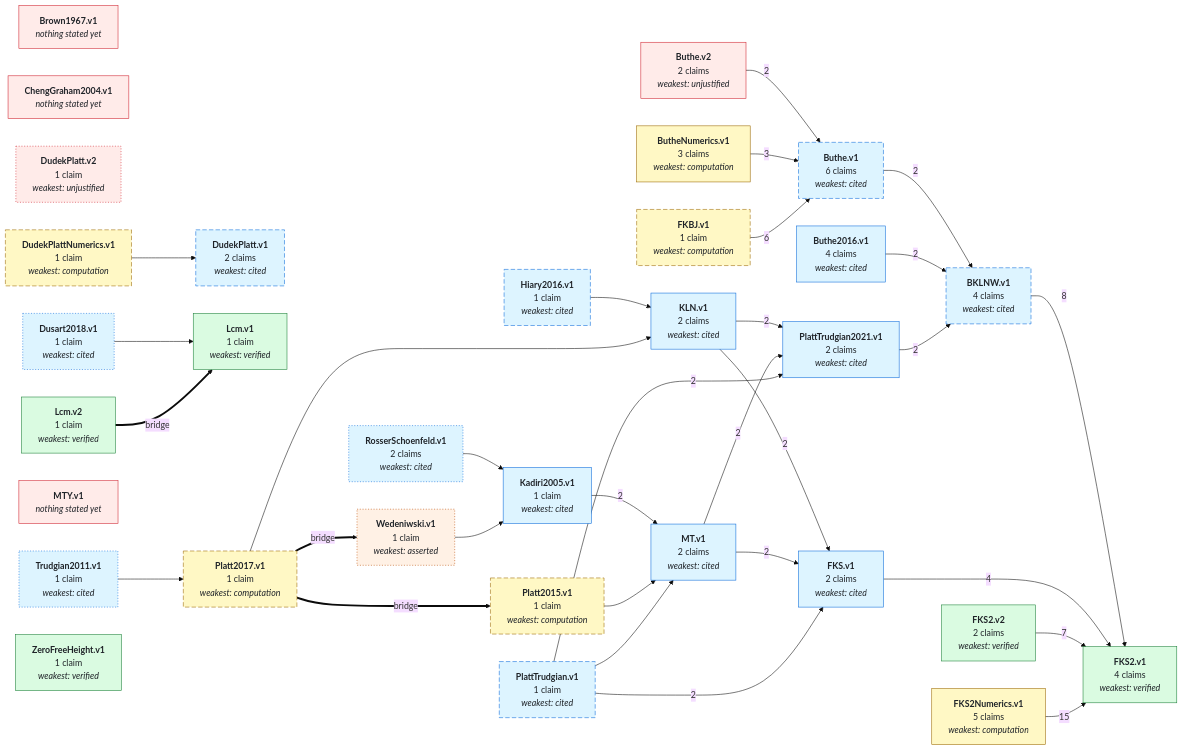
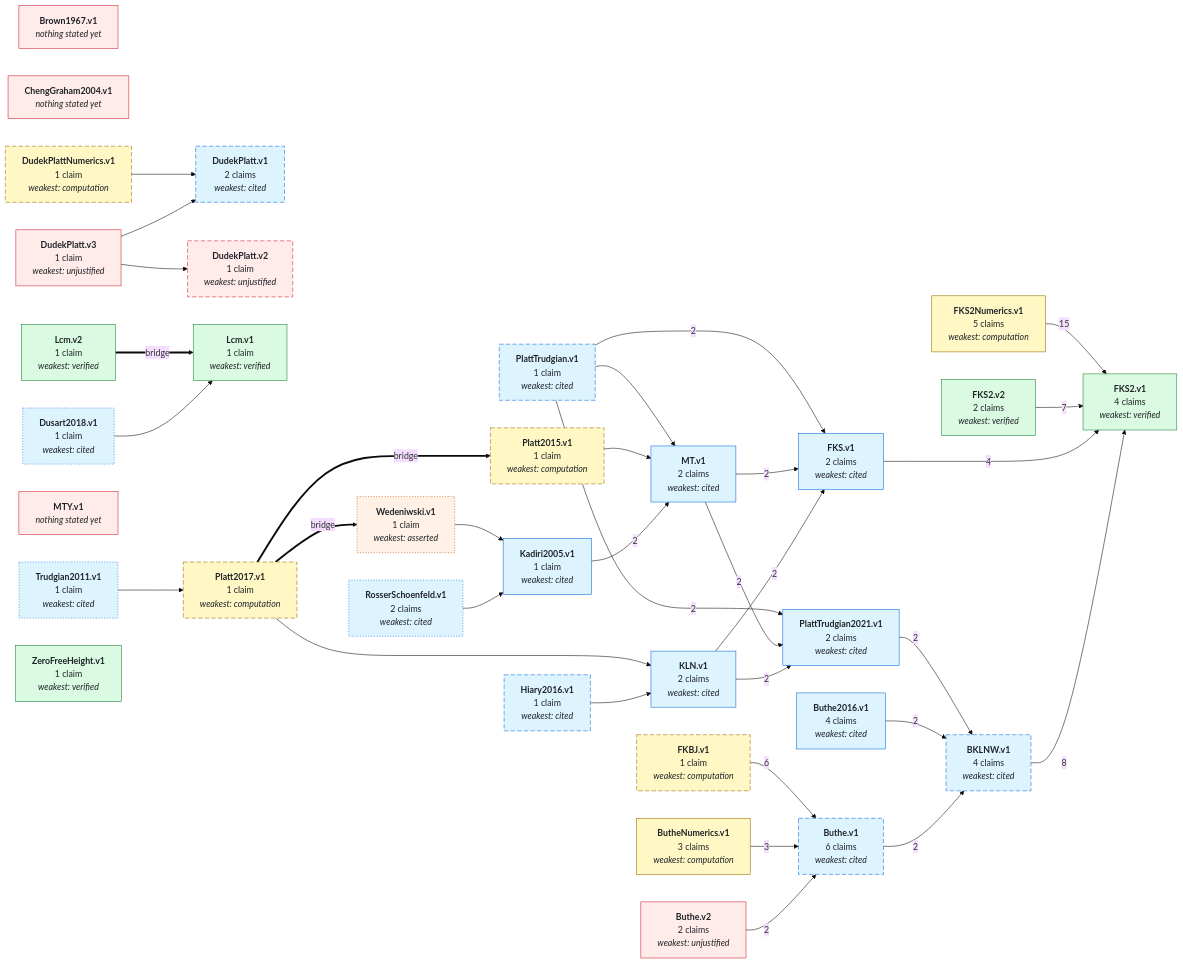
Before and after one commit to teorth/IEANTN: the first of 2 diagrams in GRAPH.md, drawn with Mermaid (base theme). The commit also changed other lines of this file and 13 other files, not shown here.

```diff
--- a/GRAPH.md
+++ b/GRAPH.md
@@ -61,6 +61,7 @@
   NChengGraham2004_v1["<b>ChengGraham2004.v1</b><br/><i>nothing stated yet</i>"]
   NDudekPlatt_v1["<b>DudekPlatt.v1</b><br/>2 claims<br/><i>weakest: cited</i>"]
   NDudekPlatt_v2["<b>DudekPlatt.v2</b><br/>1 claim<br/><i>weakest: unjustified</i>"]
+  NDudekPlatt_v3["<b>DudekPlatt.v3</b><br/>1 claim<br/><i>weakest: unjustified</i>"]
   NDudekPlattNumerics_v1["<b>DudekPlattNumerics.v1</b><br/>1 claim<br/><i>weakest: computation</i>"]
   NDusart2018_v1["<b>Dusart2018.v1</b><br/>1 claim<br/><i>weakest: cited</i>"]
   NFKBJ_v1["<b>FKBJ.v1</b><br/>1 claim<br/><i>weakest: computation</i>"]
@@ -88,6 +89,8 @@
   NButhe_v2 -->|2| NButhe_v1
   NButhe2016_v1 -->|2| NBKLNW_v1
   NButheNumerics_v1 -->|3| NButhe_v1
+  NDudekPlatt_v3 --> NDudekPlatt_v1
+  NDudekPlatt_v3 --> NDudekPlatt_v2
   NDudekPlattNumerics_v1 --> NDudekPlatt_v1
   NDusart2018_v1 --> NLcm_v1
   NFKBJ_v1 -->|6| NButhe_v1
@@ -115,7 +118,7 @@
   style NBKLNW_v1 stroke-dasharray: 8 4;
   style NButhe_v1 stroke-dasharray: 8 4;
   style NDudekPlatt_v1 stroke-dasharray: 8 4;
-  style NDudekPlatt_v2 stroke-dasharray: 2 3;
+  style NDudekPlatt_v2 stroke-dasharray: 8 4;
   style NDudekPlattNumerics_v1 stroke-dasharray: 8 4;
   style NDusart2018_v1 stroke-dasharray: 2 3;
   style NFKBJ_v1 stroke-dasharray: 8 4;
@@ -126,7 +129,7 @@
   style NRosserSchoenfeld_v1 stroke-dasharray: 2 3;
   style NTrudgian2011_v1 stroke-dasharray: 2 3;
   style NWedeniwski_v1 stroke-dasharray: 2 3;
-  class NBrown1967_v1,NButhe_v2,NChengGraham2004_v1,NDudekPlatt_v2,NMTY_v1 none_yet;
+  class NBrown1967_v1,NButhe_v2,NChengGraham2004_v1,NDudekPlatt_v2,NDudekPlatt_v3,NMTY_v1 none_yet;
   class NWedeniwski_v1 asserted;
   class NBKLNW_v1,NButhe_v1,NButhe2016_v1,NDudekPlatt_v1,NDusart2018_v1,NFKS_v1,NHiary2016_v1,NKLN_v1,NKadiri2005_v1,NMT_v1,NPlattTrudgian_v1,NPlattTrudgian2021_v1,NRosserSchoenfeld_v1,NTrudgian2011_v1 literature;
   class NButheNumerics_v1,NDudekPlattNumerics_v1,NFKBJ_v1,NFKS2Numerics_v1,NPlatt2015_v1,NPlatt2017_v1 numerical;
@@ -138,6 +141,7 @@
   click NButheNumerics_v1 href "https://github.com/teorth/IEANTN/blob/main/docs/nodes/ButheNumerics-v1.md" _blank
   click NDudekPlatt_v1 href "https://github.com/teorth/IEANTN/blob/main/docs/nodes/DudekPlatt-v1.md" _blank
   click NDudekPlatt_v2 href "https://github.com/teorth/IEANTN/blob/main/docs/nodes/DudekPlatt-v2.md" _blank
+  click NDudekPlatt_v3 href "https://github.com/teorth/IEANTN/blob/main/docs/nodes/DudekPlatt-v3.md" _blank
   click NDudekPlattNumerics_v1 href "https://github.com/teorth/IEANTN/blob/main/docs/nodes/DudekPlattNumerics-v1.md" _blank
   click NDusart2018_v1 href "https://github.com/teorth/IEANTN/blob/main/docs/nodes/Dusart2018-v1.md" _blank
   click NFKBJ_v1 href "https://github.com/teorth/IEANTN/blob/main/docs/nodes/FKBJ-v1.md" _blank
```
